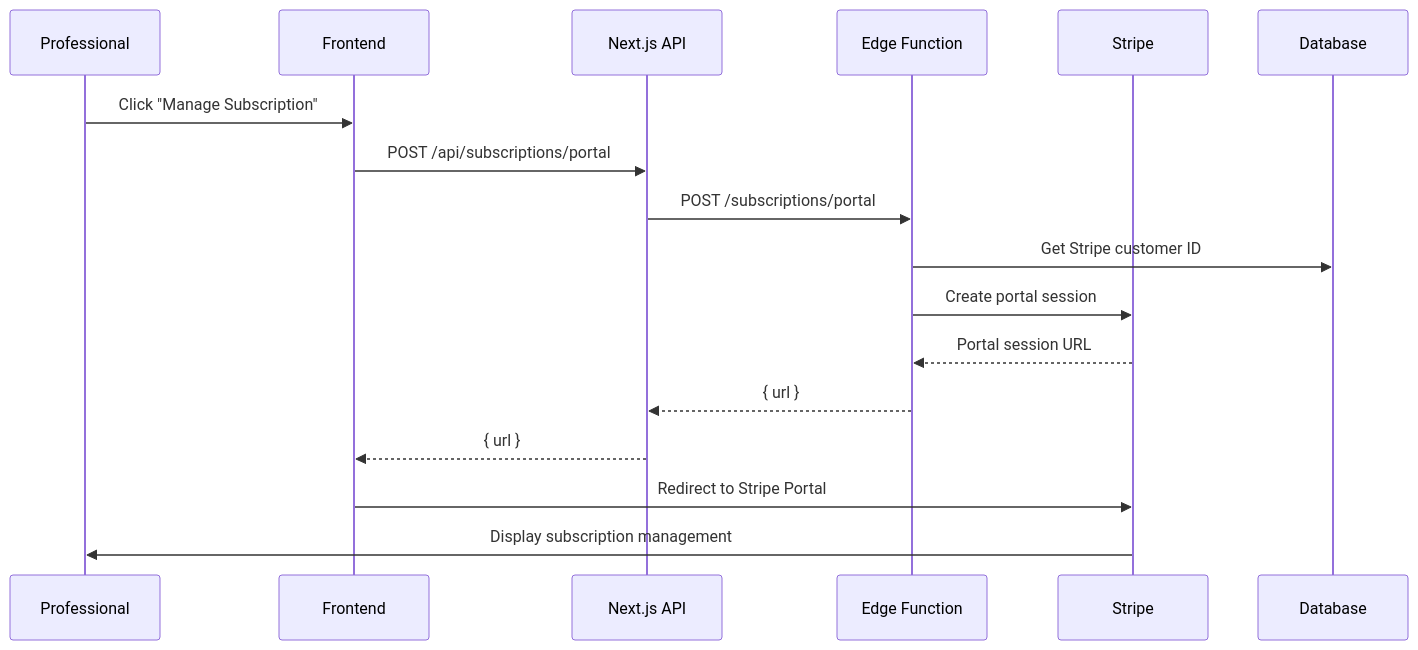
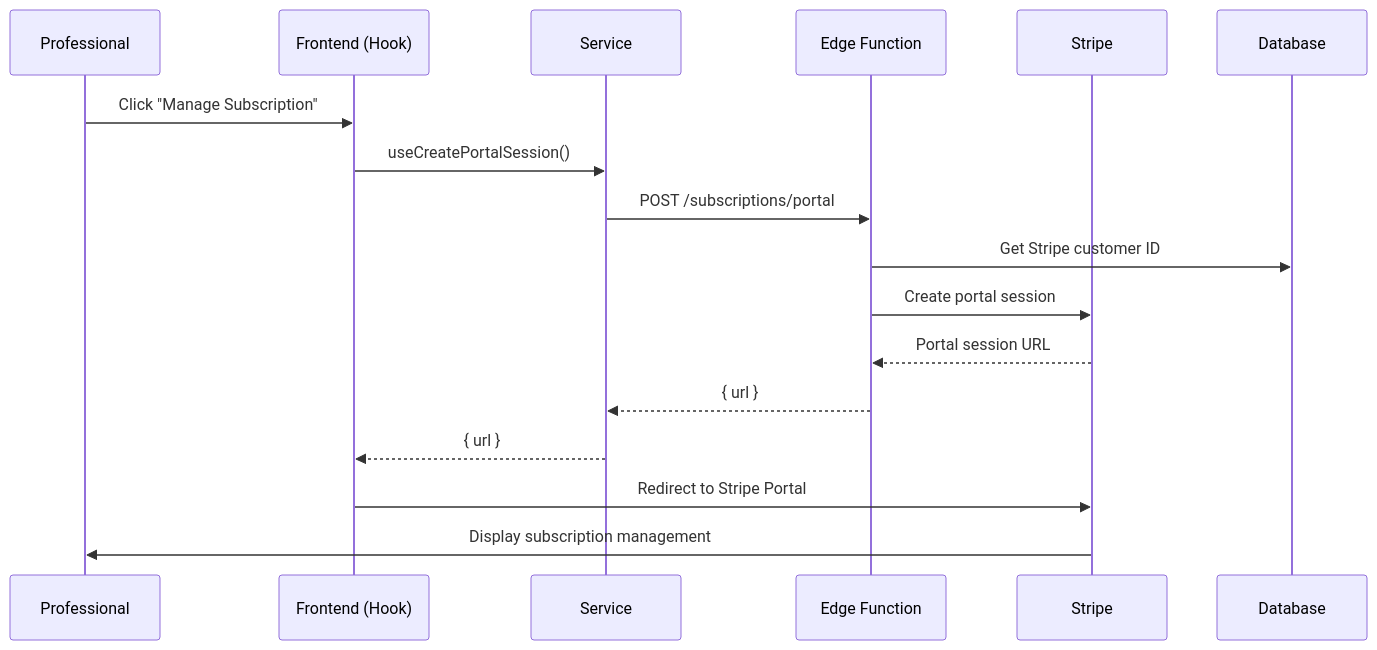
Before and after one commit to OlivierDevMaster/prokid-preview: the third of 4 diagrams in docs/professional-subscription-system.md, drawn with Mermaid. The commit also changed other lines of this file and 3 other files, not shown here.

````diff
--- a/docs/professional-subscription-system.md
+++ b/docs/professional-subscription-system.md
@@ -157,20 +153,20 @@
 ```mermaid
 sequenceDiagram
     participant P as Professional
-    participant FE as Frontend
-    participant API as Next.js API
+    participant FE as Frontend (Hook)
+    participant SVC as Service
     participant EF as Edge Function
     participant S as Stripe
     participant DB as Database
 
     P->>FE: Click "Manage Subscription"
-    FE->>API: POST /api/subscriptions/portal
-    API->>EF: POST /subscriptions/portal
+    FE->>SVC: useCreatePortalSession()
+    SVC->>EF: POST /subscriptions/portal
     EF->>DB: Get Stripe customer ID
     EF->>S: Create portal session
     S-->>EF: Portal session URL
-    EF-->>API: { url }
-    API-->>FE: { url }
+    EF-->>SVC: { url }
+    SVC-->>FE: { url }
     FE->>S: Redirect to Stripe Portal
     S->>P: Display subscription management
 ```
````
